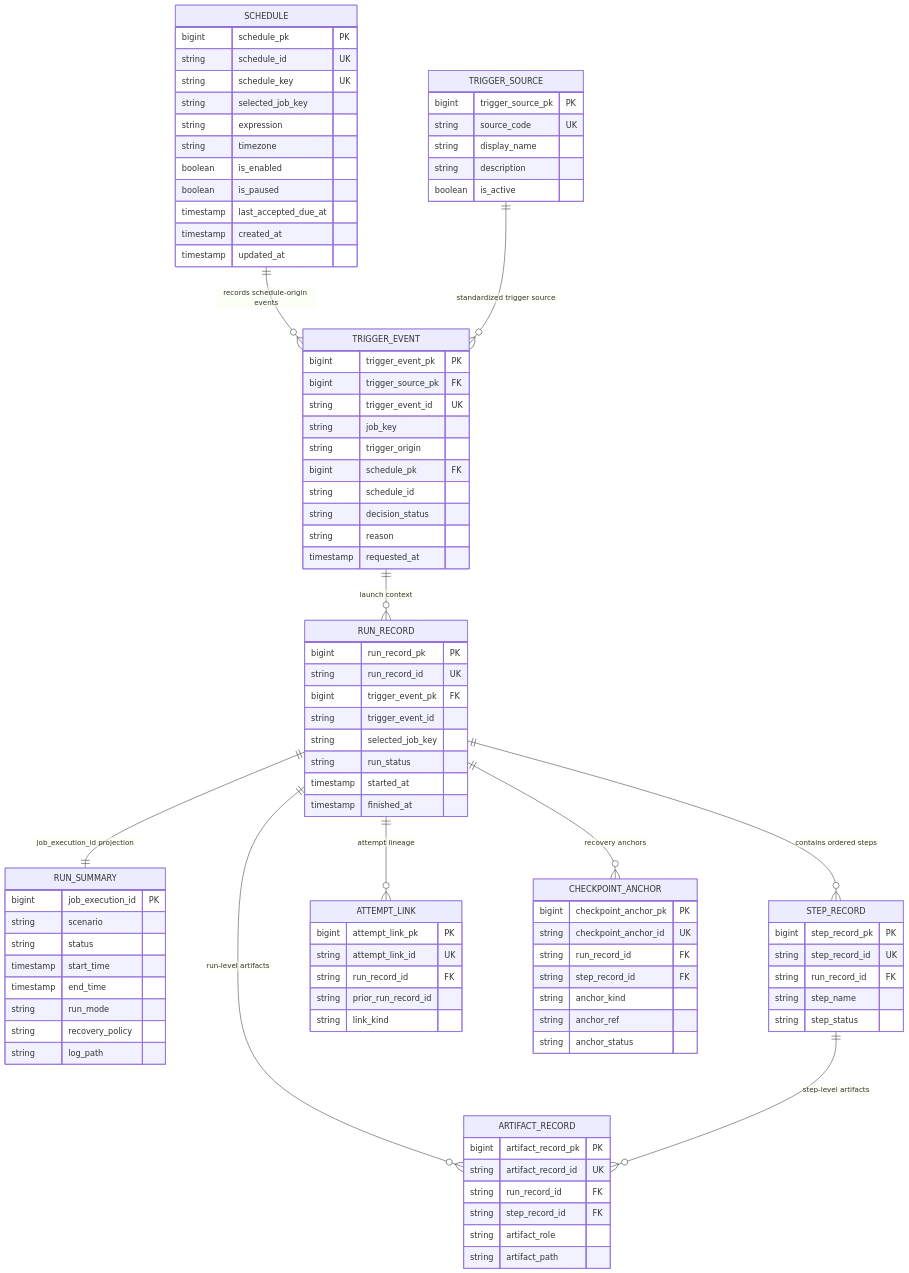
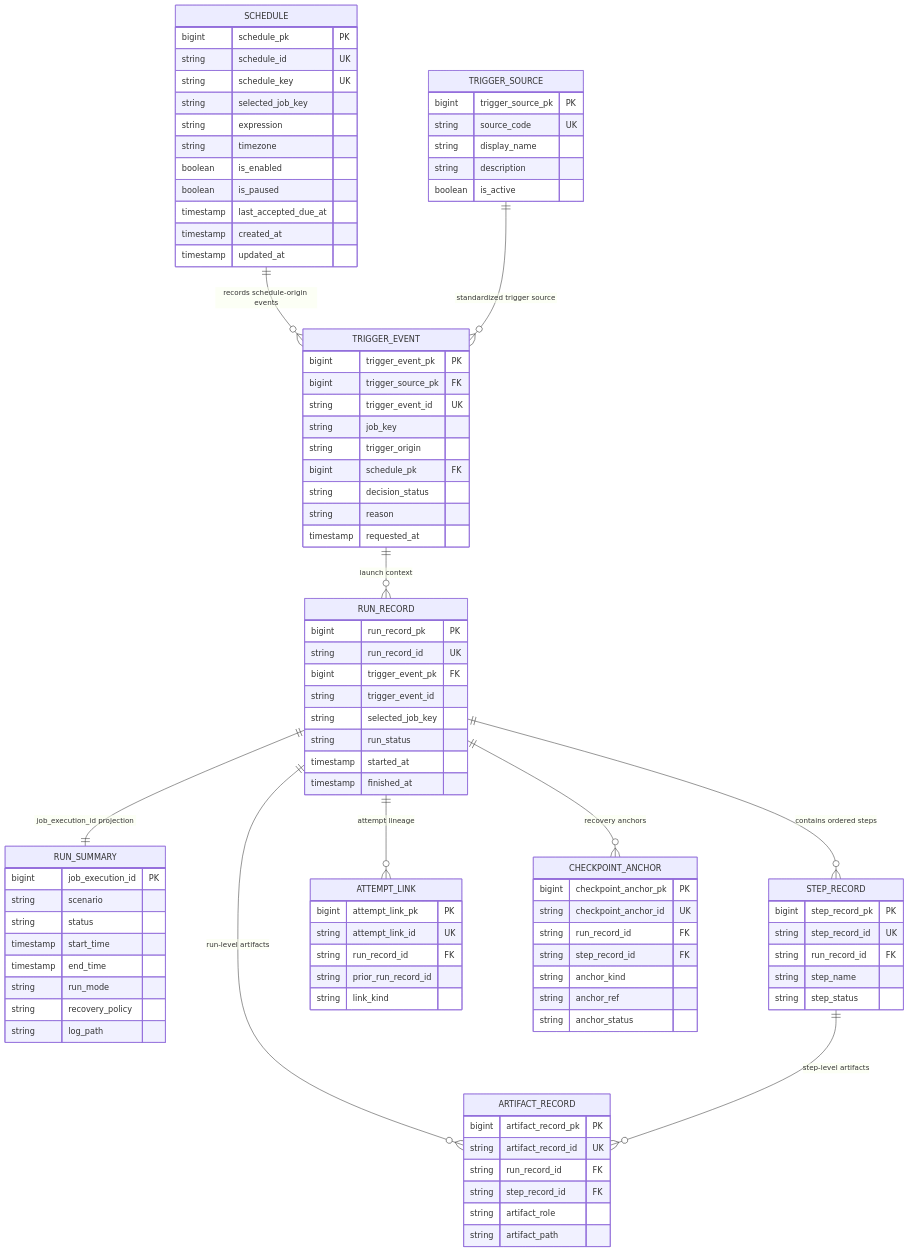
One commit to kbalanandam/spring-etl-engine changed the second of 2 diagrams in docs/architecture/control-plane/control-plane-local-relational-schema.md. Above: the diagram before and after it, drawn with Mermaid. The commit also changed other lines of this file and 6 other files, not shown here.

Commit message:
Simplify control-plane trigger event origin schema

```diff
--- a/docs/architecture/control-plane/control-plane-local-relational-schema.md
+++ b/docs/architecture/control-plane/control-plane-local-relational-schema.md
@@ -134,7 +140,6 @@
         string job_key
         string trigger_origin
         bigint schedule_pk FK
-        string schedule_id
         string decision_status
         string reason
         timestamp requested_at
```
